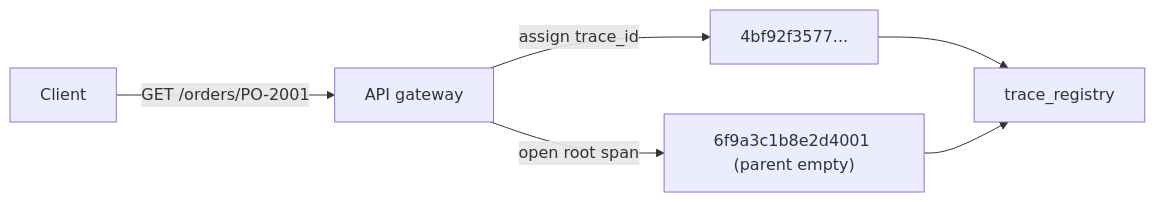
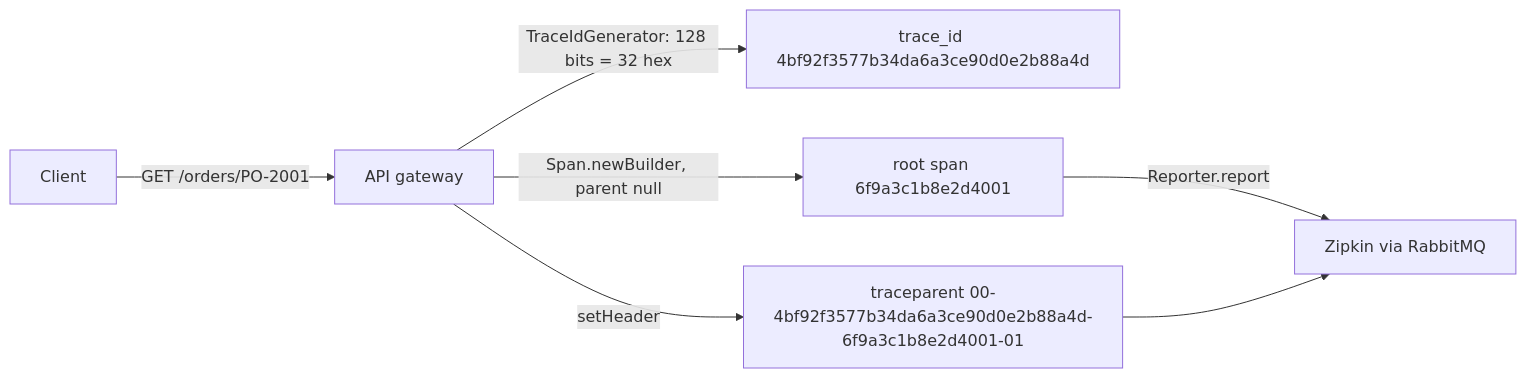
One commit to vinayakuber/microservices-io-study-guide changed the ninth of 9 diagrams in docs/ch33-distributed-tracing.md. Above: the diagram before and after it, drawn with Mermaid. The commit also changed other lines of this file and 2 other files, not shown here.

````diff
--- a/docs/ch33-distributed-tracing.md
+++ b/docs/ch33-distributed-tracing.md
@@ -408,8 +455,9 @@
 ```mermaid
 flowchart LR
   C["Client"] -->|"GET /orders/PO-2001"| G["API gateway"]
-  G -->|"assign trace_id"| T["4bf92f3577..."]
-  G -->|"open root span"| S["6f9a3c1b8e2d4001 (parent empty)"]
-  T --> R["trace_registry"]
-  S --> R
+  G -->|"TraceIdGenerator: 128 bits = 32 hex"| T["trace_id 4bf92f3577b34da6a3ce90d0e2b88a4d"]
+  G -->|"Span.newBuilder, parent null"| S["root span 6f9a3c1b8e2d4001"]
+  G -->|"setHeader"| H["traceparent 00-4bf92f3577b34da6a3ce90d0e2b88a4d-6f9a3c1b8e2d4001-01"]
+  S -->|"Reporter.report"| Z["Zipkin via RabbitMQ"]
+  H --> Z
 ```
````
